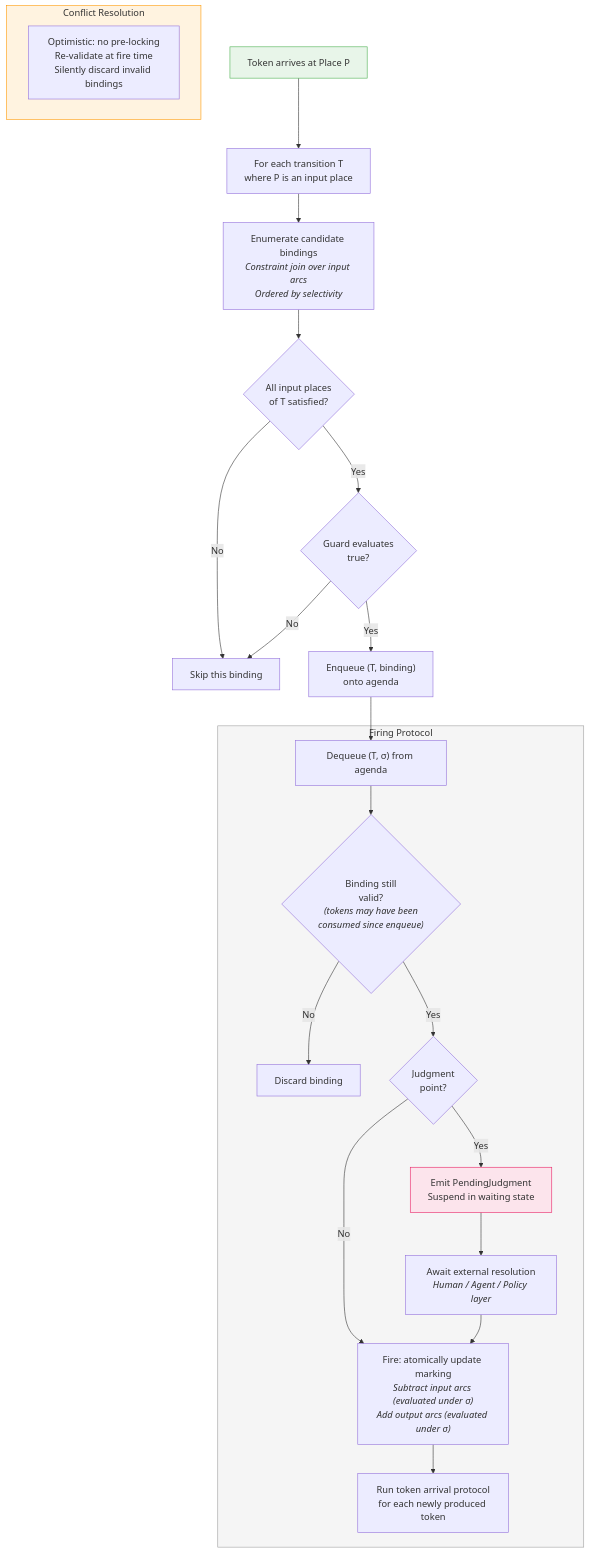
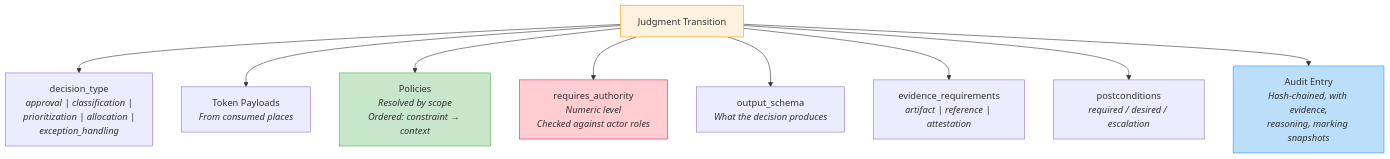
One commit to CyberHoward/cl-institute changed the ninth of 10 diagrams in architecture-diagrams.md. Above: the diagram before and after it, drawn with Mermaid. The commit also changed other lines of this file and 46 other files, not shown here.

First line of the commit message:
chore: remove superseded modules, update docs to reflect core engine architecture

````diff
--- a/architecture-diagrams.md
+++ b/architecture-diagrams.md
@@ -495,37 +284,25 @@
 ```mermaid
-flowchart TD
-    arrive["Token arrives at Place P"]
+graph TB
+    dp["Judgment Transition"]
 
-    arrive --> enum["For each transition T<br/>where P is an input place"]
+    dp --> dt["decision_type<br/><i>approval | classification |<br/>prioritization | allocation |<br/>exception_handling</i>"]
 
-    enum --> bind["Enumerate candidate bindings<br/><i>Constraint join over input arcs<br/>Ordered by selectivity</i>"]
+    dp --> inputs["Token Payloads<br/><i>From consumed places</i>"]
 
-    bind --> check_inputs{"All input places<br/>of T satisfied?"}
-    check_inputs -->|"No"| skip["Skip this binding"]
-    check_inputs -->|"Yes"| guard{"Guard evaluates<br/>true?"}
-    guard -->|"No"| skip
-    guard -->|"Yes"| enqueue["Enqueue (T, binding)<br/>onto agenda"]
+    dp --> gov["Policies<br/><i>Resolved by scope<br/>Ordered: constraint → context</i>"]
 
-    subgraph firing["Firing Protocol"]
-        dequeue["Dequeue (T, σ) from agenda"]
-        dequeue --> revalidate{"Binding still<br/>valid?<br/><i>(tokens may have been<br/>consumed since enqueue)</i>"}
-        revalidate -->|"No"| discard["Discard binding"]
-        revalidate -->|"Yes"| is_judgment{"Judgment<br/>point?"}
-        is_judgment -->|"No"| fire["Fire: atomically update marking<br/><i>Subtract input arcs (evaluated under σ)<br/>Add output arcs (evaluated under σ)</i>"]
-        is_judgment -->|"Yes"| suspend["Emit PendingJudgment<br/>Suspend in waiting state"]
-        suspend --> external["Await external resolution<br/><i>Human / Agent / Policy layer</i>"]
-        external --> fire
-        fire --> propagate["Run token arrival protocol<br/>for each newly produced token"]
-    end
+    dp --> auth["requires_authority<br/><i>Numeric level<br/>Checked against actor roles</i>"]
 
-    enqueue --> dequeue
+    dp --> out["output_schema<br/><i>What the decision produces</i>"]
 
-    subgraph conflict["Conflict Resolution"]
-        note["Optimistic: no pre-locking<br/>Re-validate at fire time<br/>Silently discard invalid bindings"]
-    end
+    dp --> evidence["evidence_requirements<br/><i>artifact | reference | attestation</i>"]
 
-    style arrive fill:#e8f5e9,stroke:#4caf50
-    style firing fill:#f5f5f5,stroke:#9e9e9e
-    style conflict fill:#fff3e0,stroke:#ff9800
-    style suspend fill:#fce4ec,stroke:#e91e63
+    dp --> post["postconditions<br/><i>required / desired / escalation</i>"]
+
+    dp --> trail["Audit Entry<br/><i>Hash-chained, with evidence,<br/>reasoning, marking snapshots</i>"]
+
+    style dp fill:#fff3e0,stroke:#ff9800
+    style auth fill:#ffcdd2,stroke:#e91e63
+    style gov fill:#c8e6c9,stroke:#4caf50
+    style trail fill:#bbdefb,stroke:#2196f3
 ```
````
